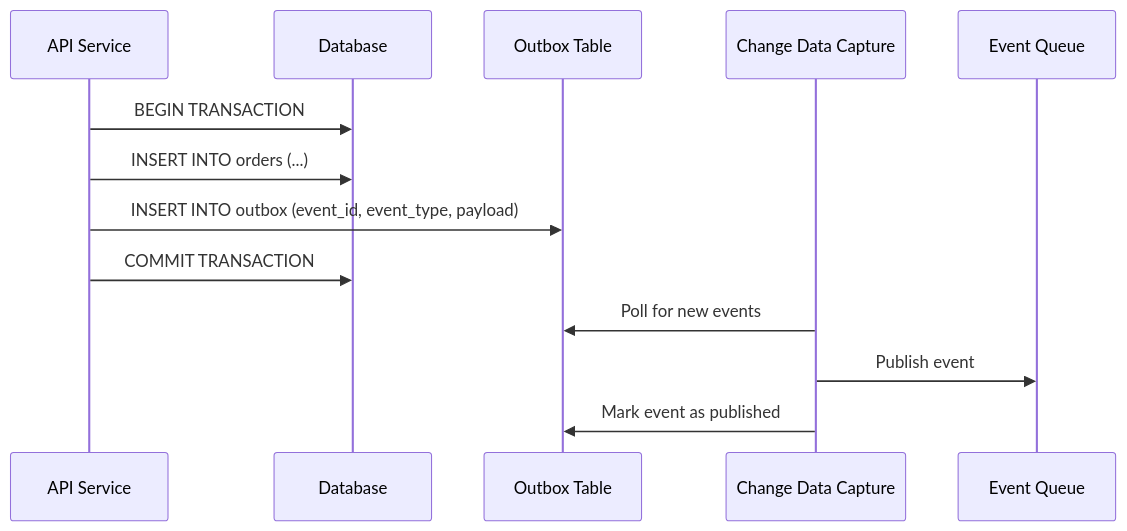
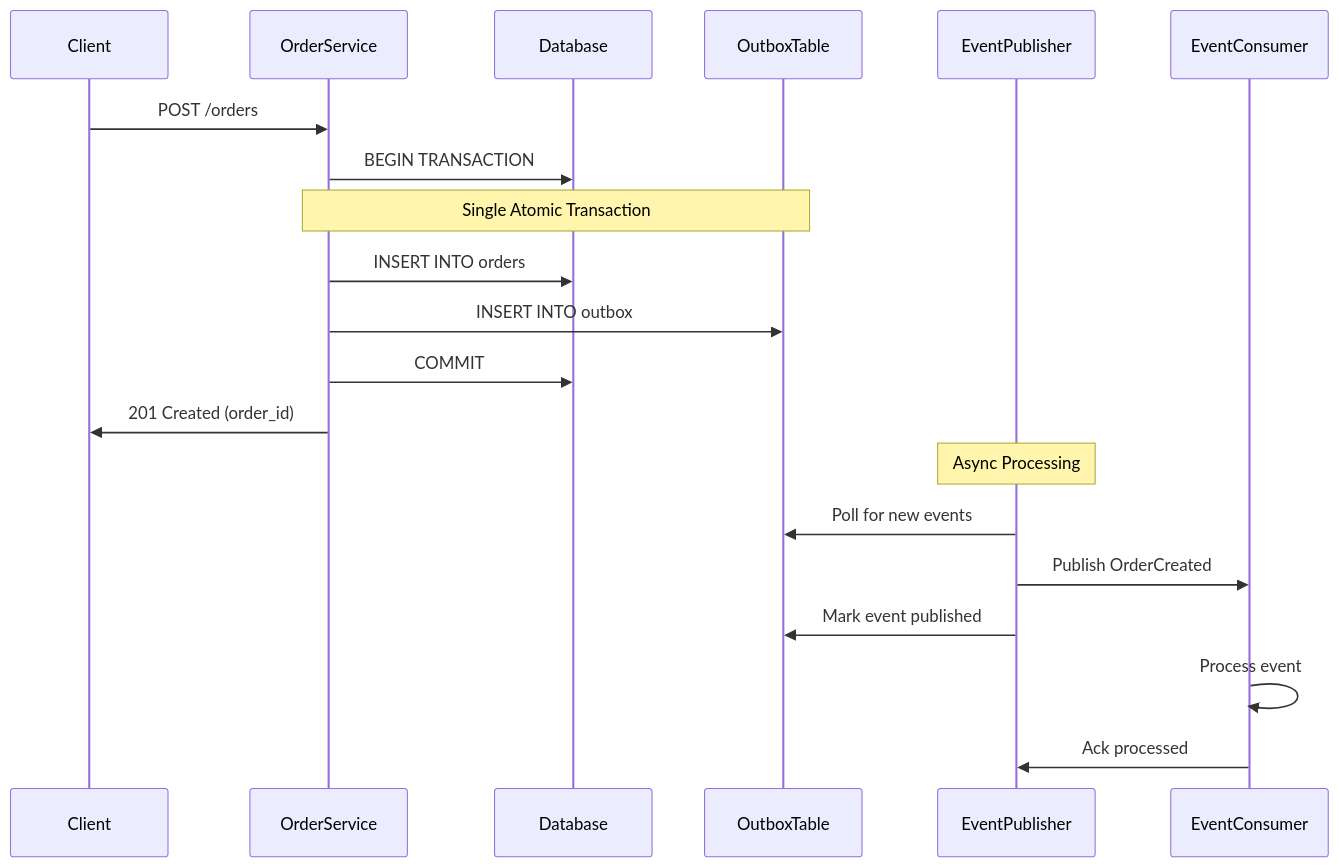
One commit to deepaucksharma/DS changed the second of 14 diagrams in site/docs/examples/implementation.md. Above: the diagram before and after it, drawn with Mermaid. The commit also changed other lines of this file and 83 other files, not shown here.

````diff
--- a/site/docs/examples/implementation.md
+++ b/site/docs/examples/implementation.md
@@ -14,17 +72,27 @@
 ```mermaid
 sequenceDiagram
-    participant API as API Service
-    participant DB as Database
-    participant Outbox as Outbox Table
-    participant CDC as Change Data Capture
-    participant Queue as Event Queue
-    
-    API->>DB: BEGIN TRANSACTION
-    API->>DB: INSERT INTO orders (...)
-    API->>Outbox: INSERT INTO outbox (event_id, event_type, payload)
-    API->>DB: COMMIT TRANSACTION
-    
-    CDC->>Outbox: Poll for new events
-    CDC->>Queue: Publish event
-    CDC->>Outbox: Mark event as published
+    participant Client
+    participant OrderService
+    participant Database
+    participant OutboxTable
+    participant EventPublisher
+    participant EventConsumer
+
+    Client->>OrderService: POST /orders
+    OrderService->>Database: BEGIN TRANSACTION
+
+    Note over OrderService,OutboxTable: Single Atomic Transaction
+    OrderService->>Database: INSERT INTO orders
+    OrderService->>OutboxTable: INSERT INTO outbox
+    OrderService->>Database: COMMIT
+
+    OrderService->>Client: 201 Created (order_id)
+
+    Note over EventPublisher: Async Processing
+    EventPublisher->>OutboxTable: Poll for new events
+    EventPublisher->>EventConsumer: Publish OrderCreated
+    EventPublisher->>OutboxTable: Mark event published
+
+    EventConsumer->>EventConsumer: Process event
+    EventConsumer->>EventPublisher: Ack processed
 ```
````
